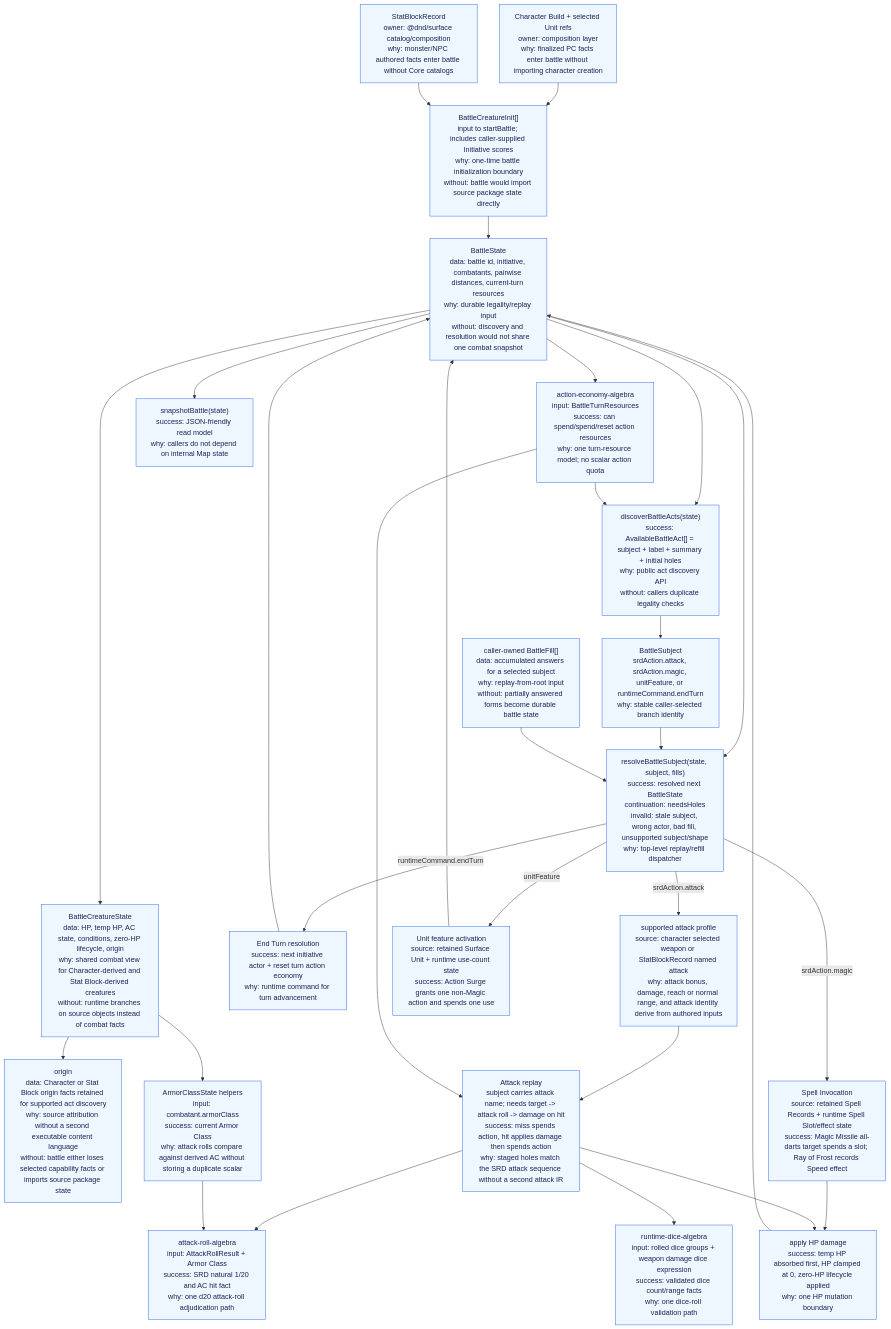
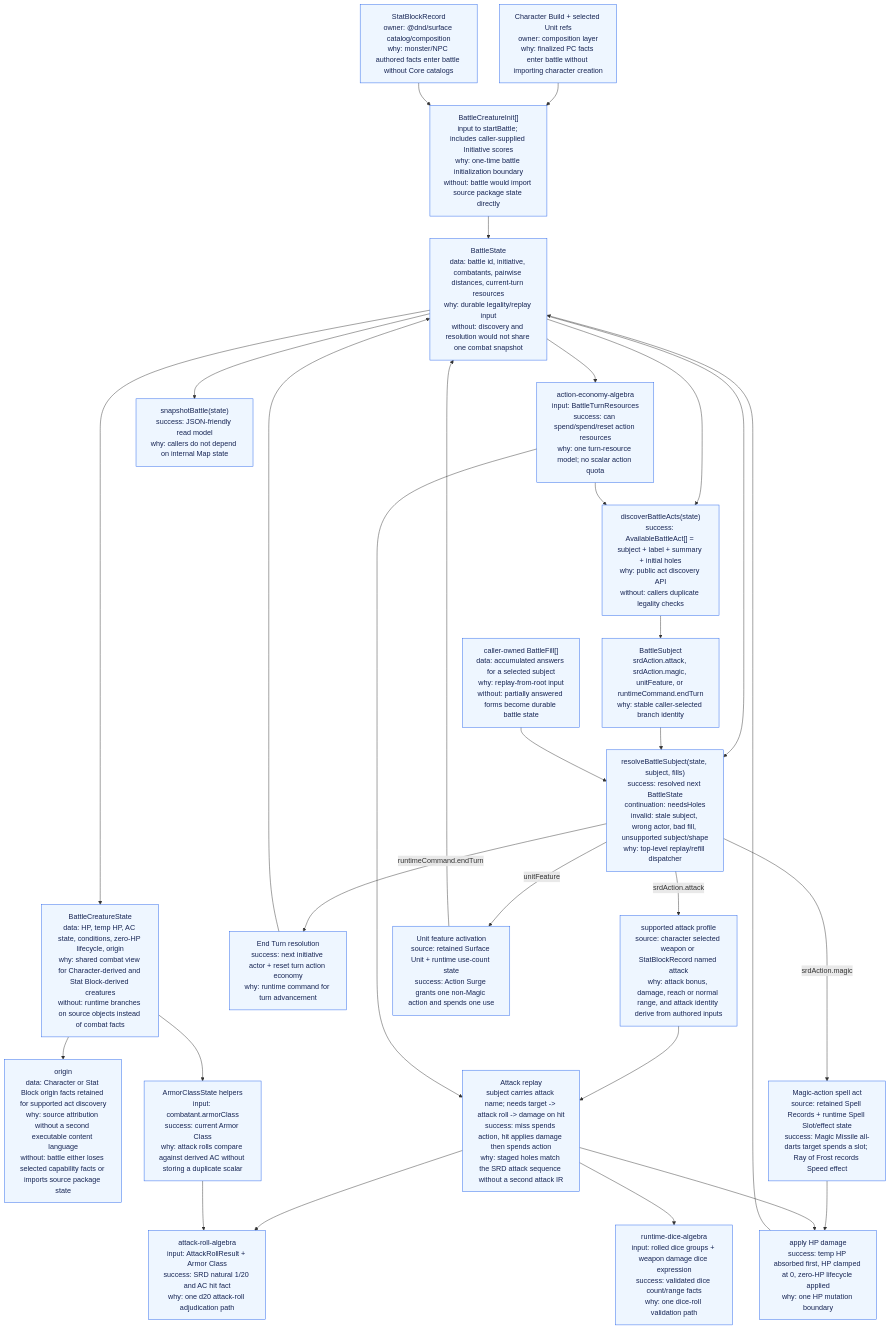
One commit to dearlordylord/5e-quint changed the first of 2 diagrams in packages/battle-runtime/ARCHITECTURE_GRAPH.md. Above: the diagram before and after it, drawn with Mermaid. The commit also changed other lines of this file and 22 other files, not shown here.

````diff
--- a/packages/battle-runtime/ARCHITECTURE_GRAPH.md
+++ b/packages/battle-runtime/ARCHITECTURE_GRAPH.md
@@ -13,49 +13,49 @@
 ```mermaid
 flowchart TD
   CharacterBuild["Character Build + selected Unit refs<br/>owner: composition layer<br/>why: finalized PC facts enter battle without importing character creation"]
   StatBlock["StatBlockRecord<br/>owner: @dnd/surface catalog/composition<br/>why: monster/NPC authored facts enter battle without Core catalogs"]
   Init["BattleCreatureInit[]<br/>input to startBattle; includes caller-supplied Initiative scores<br/>why: one-time battle initialization boundary<br/>without: battle would import source package state directly"]
   State["BattleState<br/>data: battle id, initiative, combatants, pairwise distances, current-turn resources<br/>why: durable legality/replay input<br/>without: discovery and resolution would not share one combat snapshot"]
   Creature["BattleCreatureState<br/>data: HP, temp HP, AC state, conditions, zero-HP lifecycle, origin<br/>why: shared combat view for Character-derived and Stat Block-derived creatures<br/>without: runtime branches on source objects instead of combat facts"]
   Origin["origin<br/>data: Character or Stat Block origin facts retained for supported act discovery<br/>why: source attribution without a second executable content language<br/>without: battle either loses selected capability facts or imports source package state"]
   ArmorClass["ArmorClassState helpers<br/>input: combatant.armorClass<br/>success: current Armor Class<br/>why: attack rolls compare against derived AC without storing a duplicate scalar"]
   ActionEconomy["action-economy-algebra<br/>input: BattleTurnResources<br/>success: can spend/spend/reset action resources<br/>why: one turn-resource model; no scalar action quota"]
   AttackRoll["attack-roll-algebra<br/>input: AttackRollResult + Armor Class<br/>success: SRD natural 1/20 and AC hit fact<br/>why: one d20 attack-roll adjudication path"]
   RuntimeDice["runtime-dice-algebra<br/>input: rolled dice groups + weapon damage dice expression<br/>success: validated dice count/range facts<br/>why: one dice-roll validation path"]
   Discover["discoverBattleActs(state)<br/>success: AvailableBattleAct[] = subject + label + summary + initial holes<br/>why: public act discovery API<br/>without: callers duplicate legality checks"]
   Subject["BattleSubject<br/>srdAction.attack, srdAction.magic, unitFeature, or runtimeCommand.endTurn<br/>why: stable caller-selected branch identity"]
   FillSession["caller-owned BattleFill[]<br/>data: accumulated answers for a selected subject<br/>why: replay-from-root input<br/>without: partially answered forms become durable battle state"]
   Resolve["resolveBattleSubject(state, subject, fills)<br/>success: resolved next BattleState<br/>continuation: needsHoles<br/>invalid: stale subject, wrong actor, bad fill, unsupported subject/shape<br/>why: top-level replay/refill dispatcher"]
   EndTurn["End Turn resolution<br/>success: next initiative actor + reset turn action economy<br/>why: runtime command for turn advancement"]
   AttackProfile["supported attack profile<br/>source: character selected weapon or StatBlockRecord named attack<br/>why: attack bonus, damage, reach or normal range, and attack identity derive from authored inputs"]
   UnitFeature["Unit feature activation<br/>source: retained Surface Unit + runtime use-count state<br/>success: Action Surge grants one non-Magic action and spends one use"]
-  SpellInvocation["Spell Invocation<br/>source: retained Spell Records + runtime Spell Slot/effect state<br/>success: Magic Missile all-darts target spends a slot; Ray of Frost records Speed effect"]
+  SpellAct["Magic-action spell act<br/>source: retained Spell Records + runtime Spell Slot/effect state<br/>success: Magic Missile all-darts target spends a slot; Ray of Frost records Speed effect"]
   AttackReplay["Attack replay<br/>subject carries attack name; needs target -> attack roll -> damage on hit<br/>success: miss spends action, hit applies damage then spends action<br/>why: staged holes match the SRD attack sequence without a second attack IR"]
   Damage["apply HP damage<br/>success: temp HP absorbed first, HP clamped at 0, zero-HP lifecycle applied<br/>why: one HP mutation boundary"]
   Snapshot["snapshotBattle(state)<br/>success: JSON-friendly read model<br/>why: callers do not depend on internal Map state"]
 
   CharacterBuild --> Init
   StatBlock --> Init
   Init --> State --> Creature
   Creature --> Origin
   Creature --> ArmorClass
   State --> ActionEconomy
   State --> Discover --> Subject
   State --> Snapshot
   State --> Resolve
   Subject --> Resolve
   FillSession --> Resolve
   Resolve -->|runtimeCommand.endTurn| EndTurn --> State
   Resolve -->|srdAction.attack| AttackProfile --> AttackReplay
   Resolve -->|unitFeature| UnitFeature --> State
-  Resolve -->|srdAction.magic| SpellInvocation --> Damage
+  Resolve -->|srdAction.magic| SpellAct --> Damage
   AttackReplay --> AttackRoll
   AttackReplay --> RuntimeDice
   AttackReplay --> Damage --> State
   ArmorClass --> AttackRoll
   ActionEconomy --> Discover
   ActionEconomy --> AttackReplay
 
   classDef implemented fill:#eef6ff,stroke:#2563eb,color:#172554;
-  class CharacterBuild,StatBlock,Init,State,Creature,Origin,ArmorClass,ActionEconomy,AttackRoll,RuntimeDice,Discover,Subject,FillSession,Resolve,EndTurn,AttackProfile,AttackReplay,UnitFeature,SpellInvocation,Damage,Snapshot implemented;
+  class CharacterBuild,StatBlock,Init,State,Creature,Origin,ArmorClass,ActionEconomy,AttackRoll,RuntimeDice,Discover,Subject,FillSession,Resolve,EndTurn,AttackProfile,AttackReplay,UnitFeature,SpellAct,Damage,Snapshot implemented;
 ```
````
